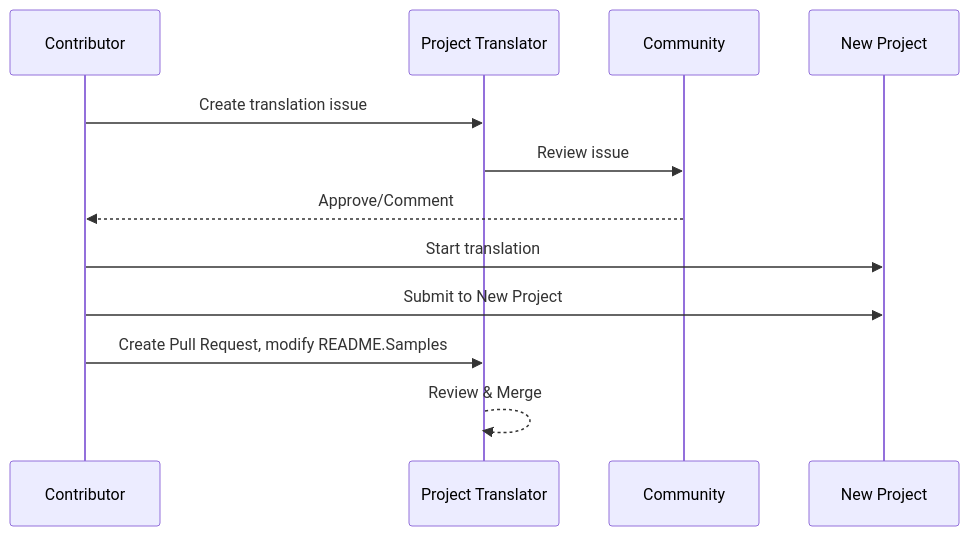
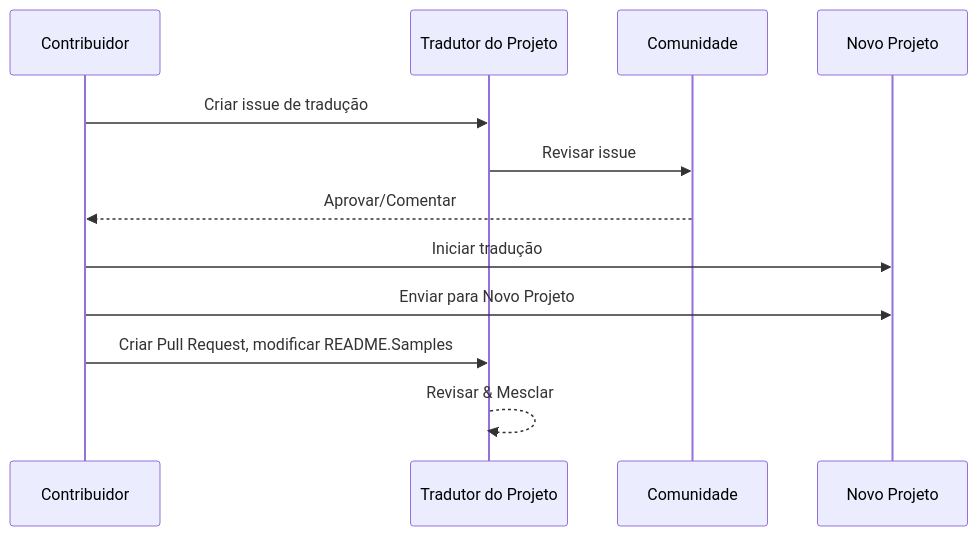
One commit to Project-Translation/project_translator changed the diagram in readmes/README.pt-br.md. Above: the diagram before and after it, drawn with Mermaid. The commit also changed other lines of this file and 72 other files, not shown here.

````diff
--- a/readmes/README.pt-br.md
+++ b/readmes/README.pt-br.md
@@ -49,10 +51,10 @@
 ```mermaid
 sequenceDiagram
-  Contributor->>Project Translator: Create translation issue
-  Project Translator->>Community: Review issue
-  Community-->>Contributor: Approve/Comment
-  Contributor->>New Project: Start translation
-  Contributor->>New Project: Submit to New Project
-  Contributor->>Project Translator: Create Pull Request, modify README.Samples
-  Project Translator-->>Project Translator: Review & Merge
+  Contribuidor->>Tradutor do Projeto: Criar issue de tradução
+  Tradutor do Projeto->>Comunidade: Revisar issue
+  Comunidade-->>Contribuidor: Aprovar/Comentar
+  Contribuidor->>Novo Projeto: Iniciar tradução
+  Contribuidor->>Novo Projeto: Enviar para Novo Projeto
+  Contribuidor->>Tradutor do Projeto: Criar Pull Request, modificar README.Samples
+  Tradutor do Projeto-->>Tradutor do Projeto: Revisar & Mesclar
 ```
````
